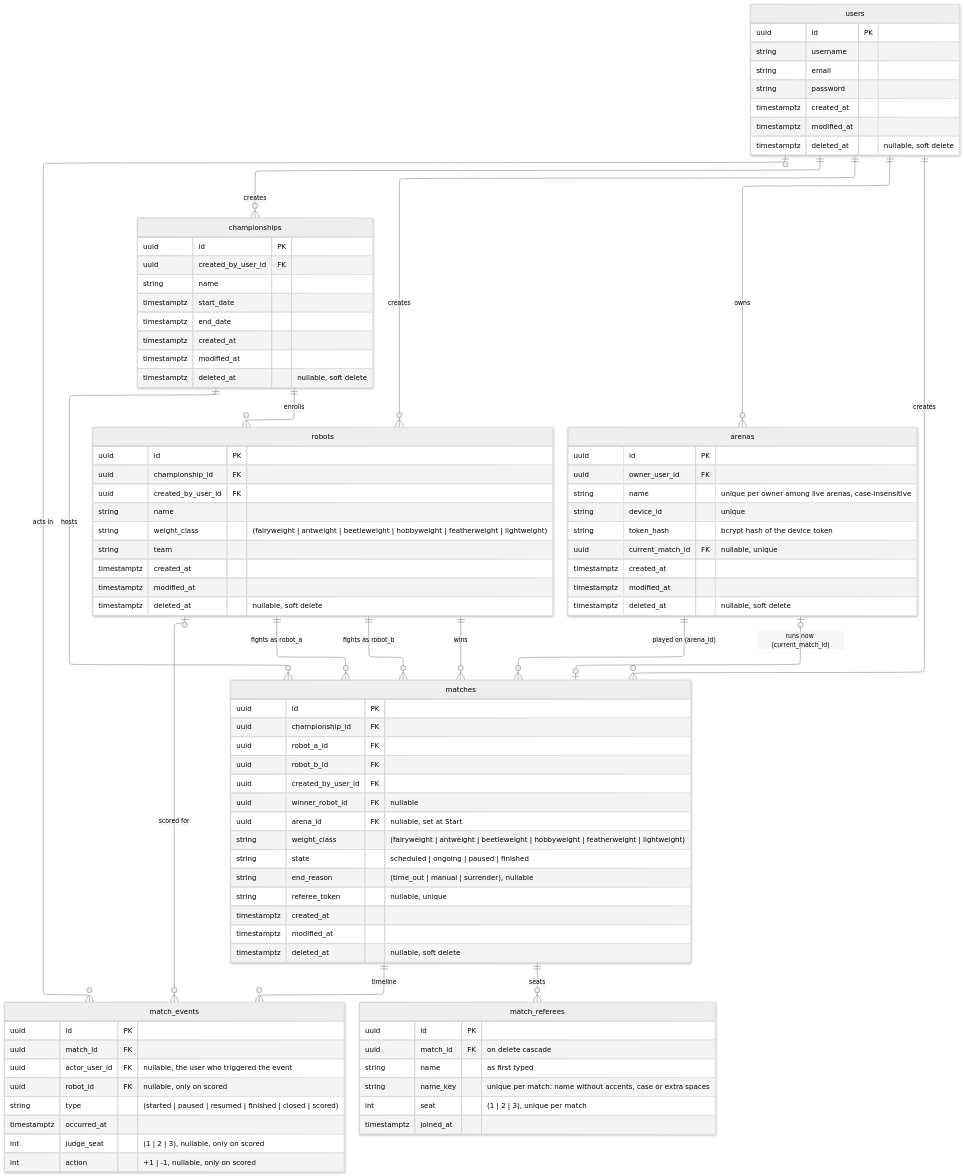
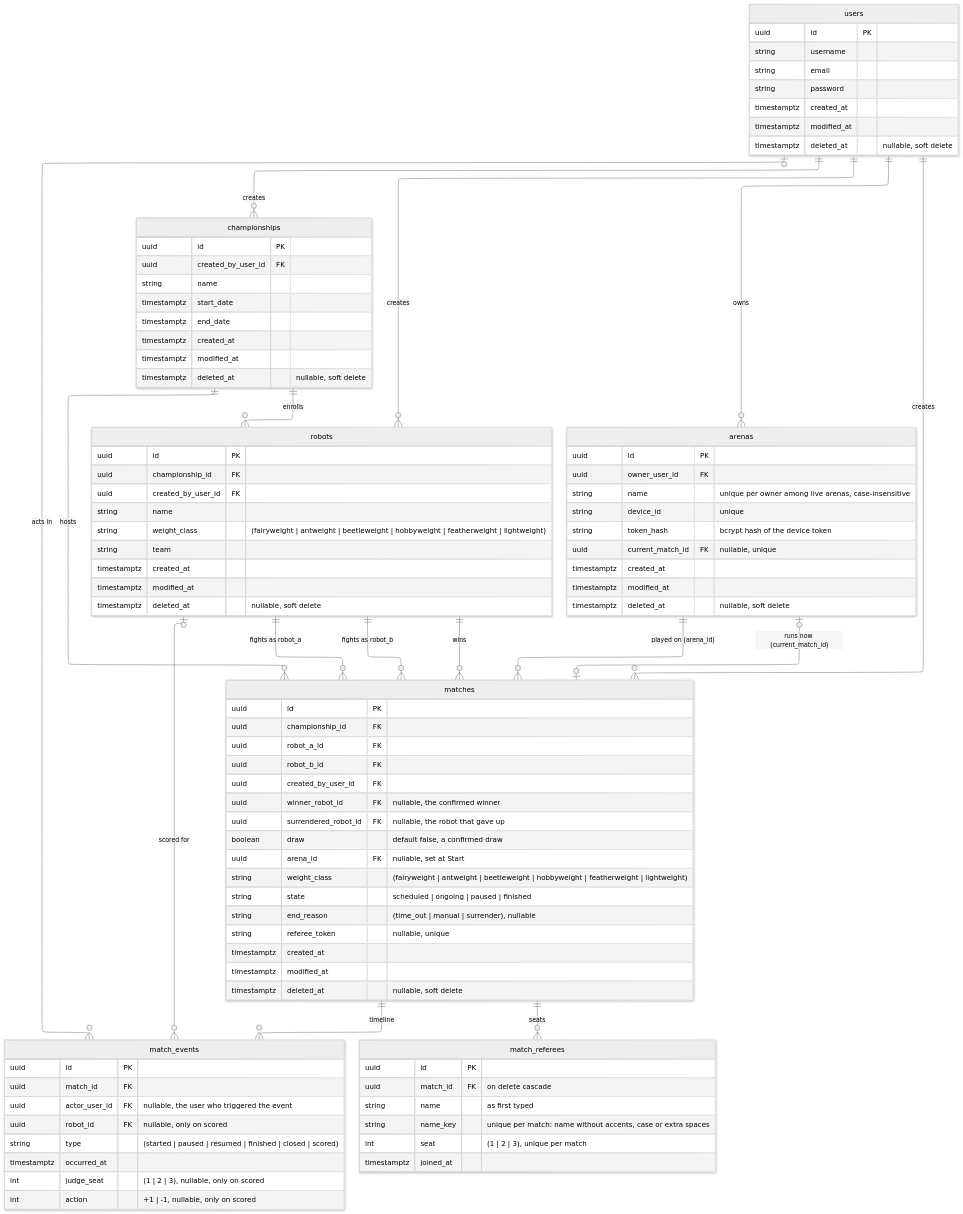
Before and after one commit to UTFPR-Oficinas-2/crossliseu: the diagram in docs/database-model.md, drawn with Mermaid (neutral theme). The commit also changed other lines of this file and 4 other files, not shown here.

Commit message:
feat(matches): columns for the surrendered robot and a confirmed draw (#50)

```diff
--- a/docs/database-model.md
+++ b/docs/database-model.md
@@ -84,7 +84,9 @@
     uuid robot_a_id FK
     uuid robot_b_id FK
     uuid created_by_user_id FK
-    uuid winner_robot_id FK "nullable"
+    uuid winner_robot_id FK "nullable, the confirmed winner"
+    uuid surrendered_robot_id FK "nullable, the robot that gave up"
+    boolean draw "default false, a confirmed draw"
     uuid arena_id FK "nullable, set at Start"
     string weight_class "(fairyweight | antweight | beetleweight | hobbyweight | featherweight | lightweight)"
     string state "scheduled | ongoing | paused | finished"
```
